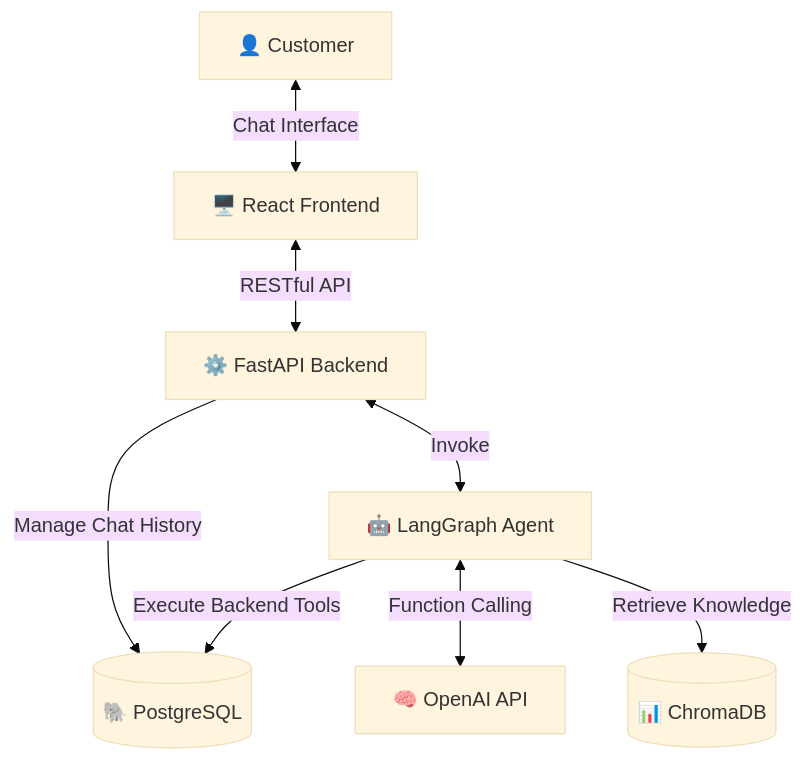
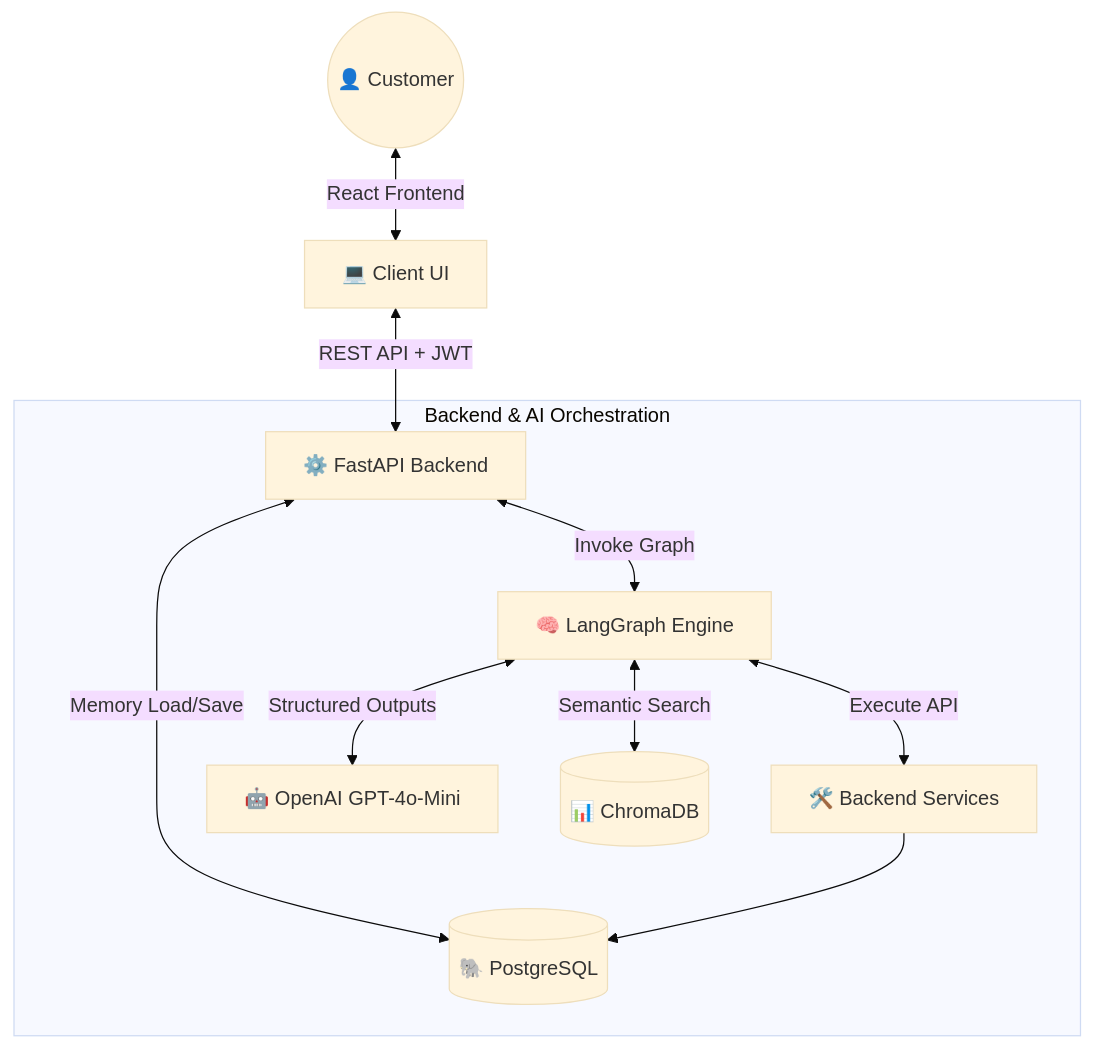
The first of 3 diagrams in README.md (satvikvatsa196-hash/autonomous-customer-support-agent), drawn with Mermaid (base theme) before and after one commit. The commit also changed other lines of this file, not shown here.

````diff
--- a/README.md
+++ b/README.md
@@ -9,21 +16,16 @@
 ```mermaid
 graph TD
-    %% Entities
-    User[👤 Customer]
-    UI[🖥️ React Frontend]
-    API[⚙️ FastAPI Backend]
-    Agent[🤖 LangGraph Agent]
-    LLM[🧠 OpenAI API]
-    DB[(🐘 PostgreSQL)]
-    VDB[(📊 ChromaDB)]
+    User((👤 Customer)) <-->|React Frontend| UI[💻 Client UI]
+    UI <-->|REST API + JWT| API[⚙️ FastAPI Backend]
     
-    %% Relationships
-    User <-->|Chat Interface| UI
-    UI <-->|RESTful API| API
-    API -->|Manage Chat History| DB
-    API <-->|Invoke| Agent
-    
-    Agent <-->|Function Calling| LLM
-    Agent -->|Retrieve Knowledge| VDB
-    Agent -->|Execute Backend Tools| DB
+    subgraph Backend & AI Orchestration
+        API <-->|Memory Load/Save| DB[(🐘 PostgreSQL)]
+        API <-->|Invoke Graph| Agent[🧠 LangGraph Engine]
+        
+        Agent <-->|Structured Outputs| LLM[🤖 OpenAI GPT-4o-Mini]
+        Agent <-->|Semantic Search| VDB[(📊 ChromaDB)]
+        Agent <-->|Execute API| Tools[🛠️ Backend Services]
+        
+        Tools --> DB
+    end
 ```
````
